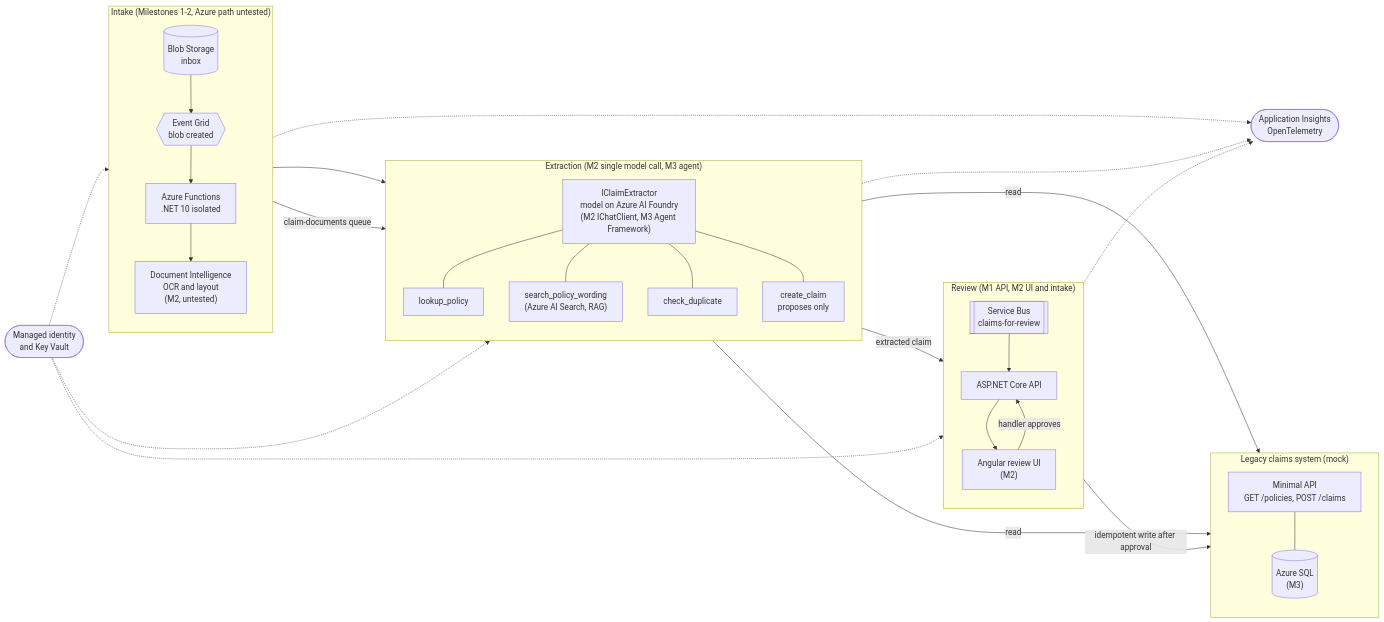
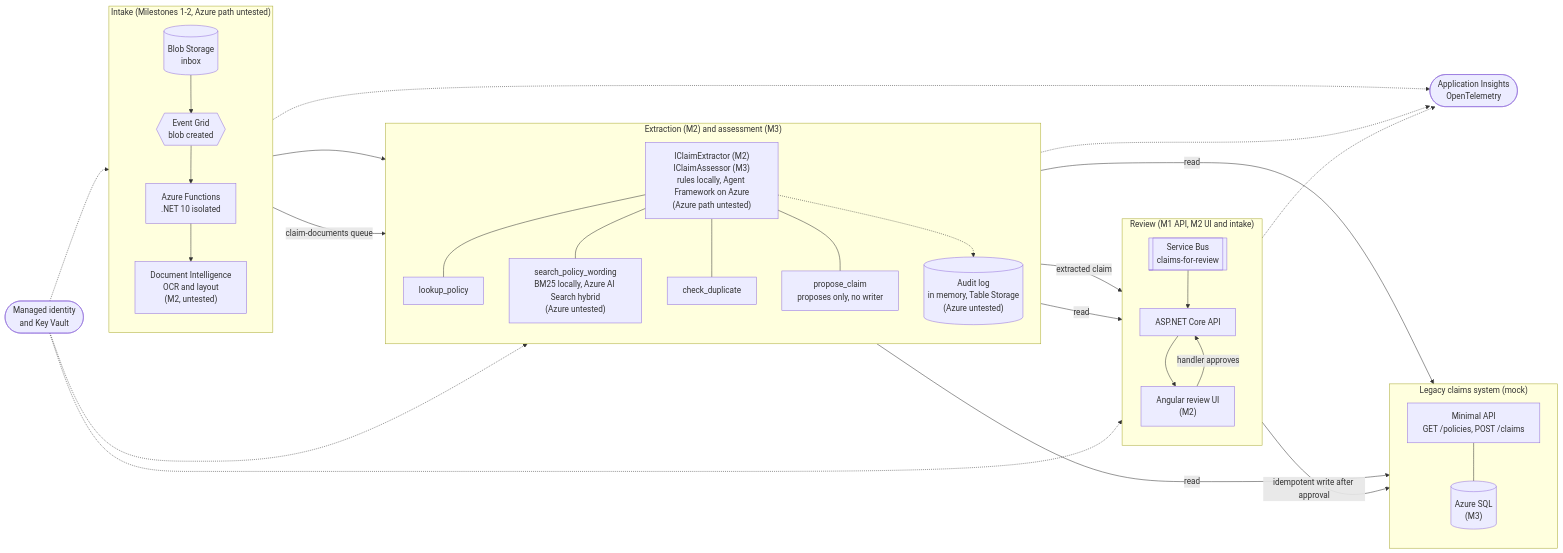
One commit to VarrunSS/claims-intake-accelerator changed the diagram in docs/architecture.md. Above: the diagram before and after it, drawn with Mermaid. The commit also changed other lines of this file and 78 other files, not shown here.

First line of the commit message:
Milestone 3: policy wording RAG, agent tools, claim assessment and audit log

````diff
--- a/docs/architecture.md
+++ b/docs/architecture.md
@@ -13,56 +15,59 @@
 ```mermaid
 flowchart LR
     subgraph Intake["Intake (Milestones 1-2, Azure path untested)"]
         direction TB
         Inbox[("Blob Storage<br/>inbox")]
         EG{{"Event Grid<br/>blob created"}}
         Fn["Azure Functions<br/>.NET 10 isolated"]
         DI["Document Intelligence<br/>OCR and layout<br/>(M2, untested)"]
         Inbox --> EG --> Fn --> DI
     end
 
-    subgraph Agent["Extraction (M2 single model call, M3 agent)"]
+    subgraph Agent["Extraction (M2) and assessment (M3)"]
         direction TB
-        AG["IClaimExtractor<br/>model on Azure AI Foundry<br/>(M2 IChatClient, M3 Agent Framework)"]
+        AG["IClaimExtractor (M2)<br/>IClaimAssessor (M3)<br/>rules locally, Agent Framework on Azure<br/>(Azure path untested)"]
         T1["lookup_policy"]
-        T2["search_policy_wording<br/>(Azure AI Search, RAG)"]
+        T2["search_policy_wording<br/>BM25 locally, Azure AI Search hybrid<br/>(Azure untested)"]
         T3["check_duplicate"]
-        T4["create_claim<br/>proposes only"]
+        T4["propose_claim<br/>proposes only, no writer"]
+        AUD[("Audit log<br/>in memory, Table Storage<br/>(Azure untested)")]
         AG --- T1
         AG --- T2
         AG --- T3
         AG --- T4
+        AG -.-> AUD
     end
 
     subgraph Review["Review (M1 API, M2 UI and intake)"]
         direction TB
         SB1[["Service Bus<br/>claims-for-review"]]
         API["ASP.NET Core API"]
         UI["Angular review UI<br/>(M2)"]
         SB1 --> API --> UI
     end
 
     subgraph Legacy["Legacy claims system (mock)"]
         direction TB
         LAPI["Minimal API<br/>GET /policies, POST /claims"]
         SQL[("Azure SQL<br/>(M3)")]
         LAPI --- SQL
     end
 
     Fn -- "claim-documents queue" --> AG
     DI --> AG
     T1 -- read --> LAPI
     T3 -- read --> LAPI
+    T3 -- read --> API
     AG -- "extracted claim" --> SB1
     UI -- "handler approves" --> API
     API -- "idempotent write after approval" --> LAPI
 
     MI(["Managed identity<br/>and Key Vault"])
     OBS(["Application Insights<br/>OpenTelemetry"])
     MI -.-> Fn
     MI -.-> API
     MI -.-> AG
     Fn -.-> OBS
     API -.-> OBS
     AG -.-> OBS
 ```
````
